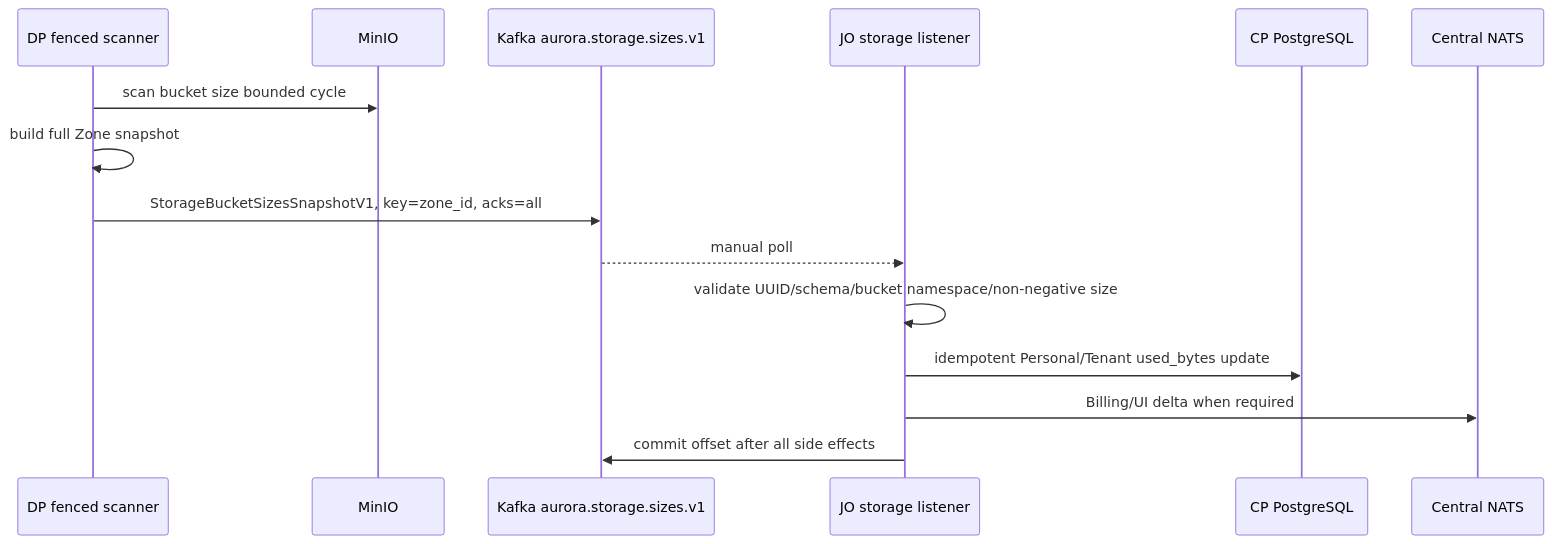
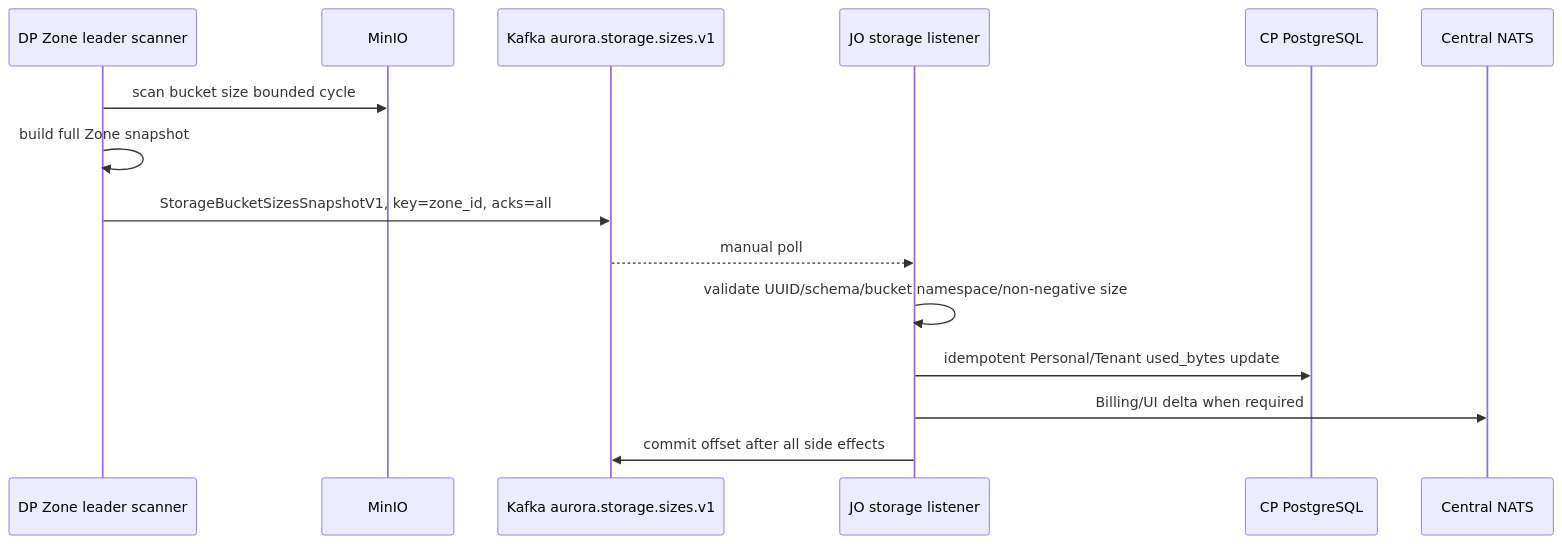
Before and after one commit to phucle996/aurora: the second of 2 diagrams in god_view/storage/bucket_list_god_view.md, drawn with Mermaid. The commit also changed other lines of this file and 69 other files, not shown here.

Commit message:
feat: replace zone gateway with leader module to handle metadata synchronization and health monitoring

````diff
--- a/god_view/storage/bucket_list_god_view.md
+++ b/god_view/storage/bucket_list_god_view.md
@@ -28,18 +28,18 @@
 ```mermaid
 sequenceDiagram
-    participant L as DP fenced scanner
+    participant L as DP Zone leader scanner
     participant M as MinIO
     participant K as Kafka aurora.storage.sizes.v1
     participant JO as JO storage listener
     participant DB as CP PostgreSQL
     participant N as Central NATS
 
     L->>M: scan bucket size bounded cycle
     L->>L: build full Zone snapshot
     L->>K: StorageBucketSizesSnapshotV1, key=zone_id, acks=all
     K-->>JO: manual poll
     JO->>JO: validate UUID/schema/bucket namespace/non-negative size
     JO->>DB: idempotent Personal/Tenant used_bytes update
     JO->>N: Billing/UI delta when required
     JO->>K: commit offset after all side effects
 ```
````
